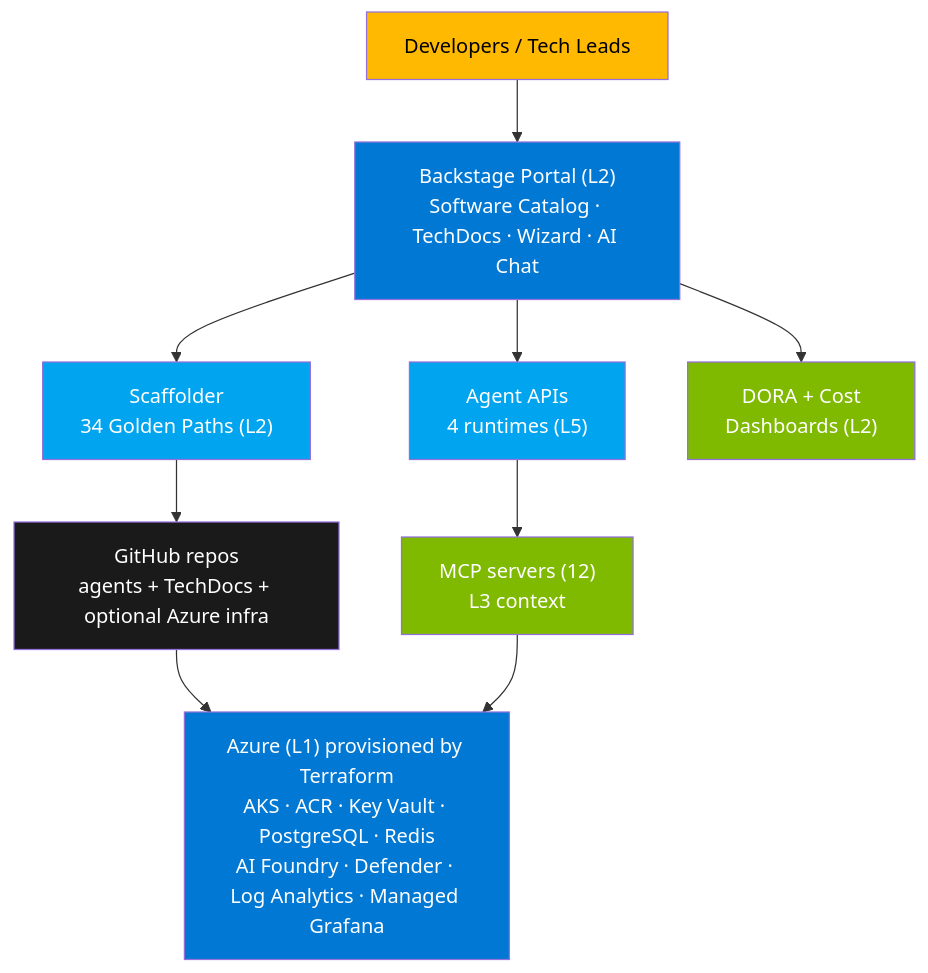
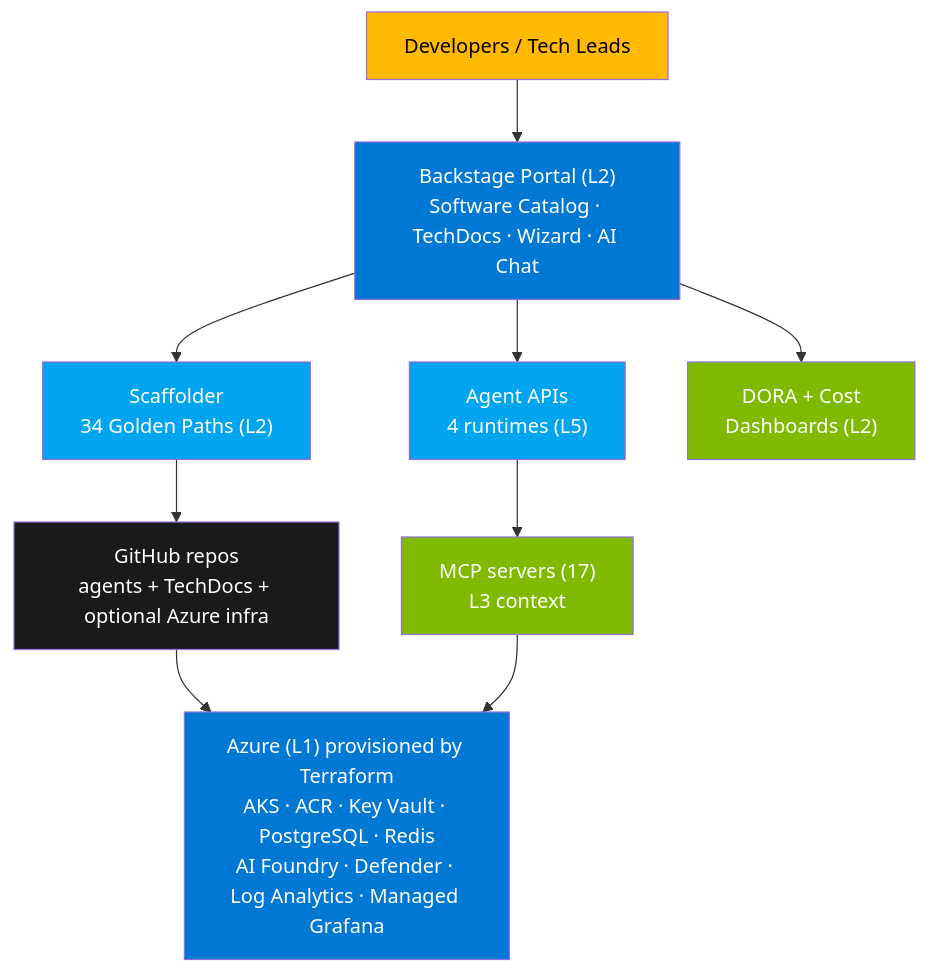
The first of 2 diagrams in docs/guides/MASTER_INSTALLATION.md (Ohorizons/ohorizons-lastest), drawn with Mermaid before and after one commit. The commit also changed other lines of this file and 4 other files, not shown here.

````diff
--- a/docs/guides/MASTER_INSTALLATION.md
+++ b/docs/guides/MASTER_INSTALLATION.md
@@ -100,20 +100,20 @@
 ```mermaid
 flowchart TD
     Dev["Developers / Tech Leads"] --> BS["Backstage Portal (L2)<br/>Software Catalog · TechDocs · Wizard · AI Chat"]
     BS --> SCAF["Scaffolder<br/>34 Golden Paths (L2)"]
     BS --> API["Agent APIs<br/>4 runtimes (L5)"]
     BS --> DASH["DORA + Cost<br/>Dashboards (L2)"]
     SCAF --> REPO["GitHub repos<br/>agents + TechDocs + optional Azure infra"]
-    API --> MCP["MCP servers (12)<br/>L3 context"]
+    API --> MCP["MCP servers (17)<br/>L3 context"]
     REPO --> AZ["Azure (L1) provisioned by Terraform<br/>AKS · ACR · Key Vault · PostgreSQL · Redis<br/>AI Foundry · Defender · Log Analytics · Managed Grafana"]
     MCP --> AZ
 
     style Dev fill:#FFB900,color:#000
     style BS fill:#0078D4,color:#fff
     style SCAF fill:#00A4EF,color:#fff
     style API fill:#00A4EF,color:#fff
     style DASH fill:#7FBA00,color:#fff
     style REPO fill:#1A1A1A,color:#fff
     style MCP fill:#7FBA00,color:#fff
     style AZ fill:#0078D4,color:#fff
 ```
````
